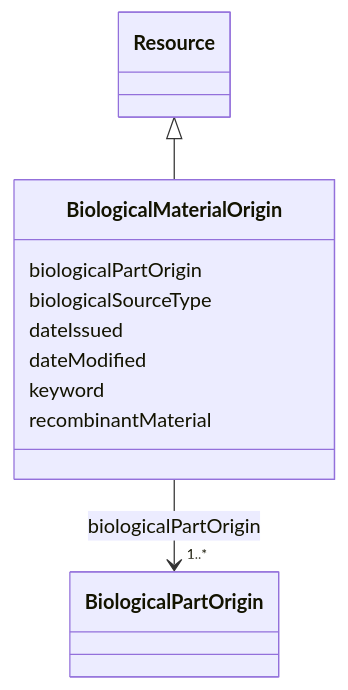
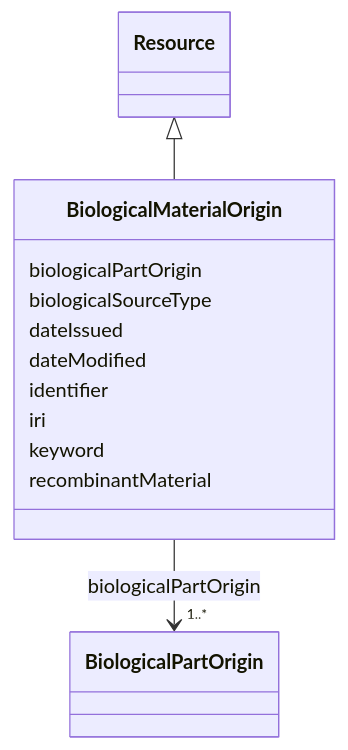
The diagram in models/docs/BiologicalMaterialOrigin.md (EVORA-project/evora-ontology), drawn with Mermaid before and after one commit. The commit also changed other lines of this file and 391 other files, not shown here.

````diff
--- a/models/docs/BiologicalMaterialOrigin.md
+++ b/models/docs/BiologicalMaterialOrigin.md
@@ -19,28 +19,32 @@
 ```mermaid
  classDiagram
     class BiologicalMaterialOrigin
     click BiologicalMaterialOrigin href "../BiologicalMaterialOrigin"
       Resource <|-- BiologicalMaterialOrigin
         click Resource href "../Resource"
       
       BiologicalMaterialOrigin : biologicalPartOrigin
         
           
     
     
     BiologicalMaterialOrigin --> "1..*" BiologicalPartOrigin : biologicalPartOrigin
     click BiologicalPartOrigin href "../BiologicalPartOrigin"
 
         
       BiologicalMaterialOrigin : biologicalSourceType
         
       BiologicalMaterialOrigin : dateIssued
         
       BiologicalMaterialOrigin : dateModified
         
+      BiologicalMaterialOrigin : identifier
+        
+      BiologicalMaterialOrigin : iri
+        
       BiologicalMaterialOrigin : keyword
         
       BiologicalMaterialOrigin : recombinantMaterial
         
       
 ```
````
